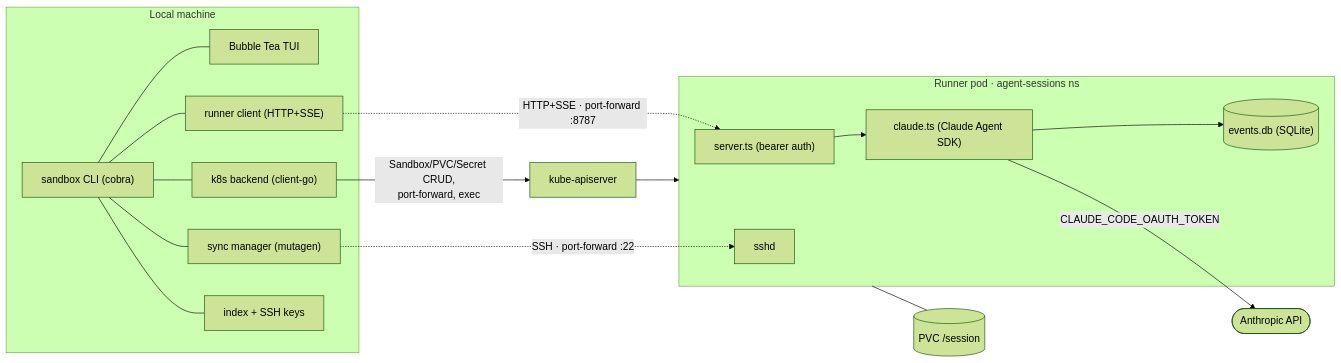
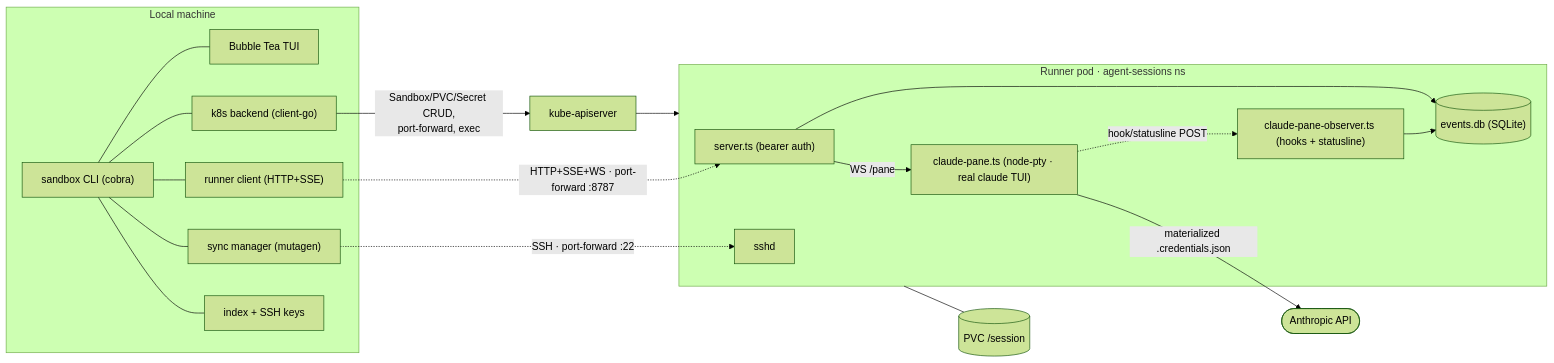
Before and after one commit to cullenmcdermott/sandbox: the first of 2 diagrams in docs/architecture.md, drawn with Mermaid (forest theme). The commit also changed other lines of this file and 2 other files, not shown here.

First line of the commit message:
docs: rewrite the durable references for claude-pane-first

````diff
--- a/docs/architecture.md
+++ b/docs/architecture.md
@@ -61,29 +75,32 @@
 ```mermaid
 flowchart LR
     subgraph local["Local machine"]
         cli["sandbox CLI (cobra)"]
         tui["Bubble Tea TUI"]
         rc["runner client (HTTP+SSE)"]
         be["k8s backend (client-go)"]
         sm["sync manager (mutagen)"]
         idx["index + SSH keys"]
         cli --- tui & rc & be & sm & idx
     end
 
     api["kube-apiserver"]
 
     subgraph pod["Runner pod · agent-sessions ns"]
         server["server.ts (bearer auth)"]
-        claude["claude.ts (Claude Agent SDK)"]
+        pane["claude-pane.ts (node-pty · real claude TUI)"]
+        obs["claude-pane-observer.ts (hooks + statusline)"]
         sshd["sshd"]
         events[("events.db (SQLite)")]
-        server --> claude --> events
+        server -->|"WS /pane"| pane
+        pane -. "hook/statusline POST" .-> obs --> events
+        server --> events
     end
 
     be -->|"Sandbox/PVC/Secret CRUD,<br/>port-forward, exec"| api
     api --> pod
-    rc -. "HTTP+SSE · port-forward :8787" .-> server
+    rc -. "HTTP+SSE+WS · port-forward :8787" .-> server
     sm -. "SSH · port-forward :22" .-> sshd
     pod --- pvc[("PVC /session")]
-    claude -->|CLAUDE_CODE_OAUTH_TOKEN| anthropic(["Anthropic API"])
+    pane -->|"materialized .credentials.json"| anthropic(["Anthropic API"])
 ```
````
